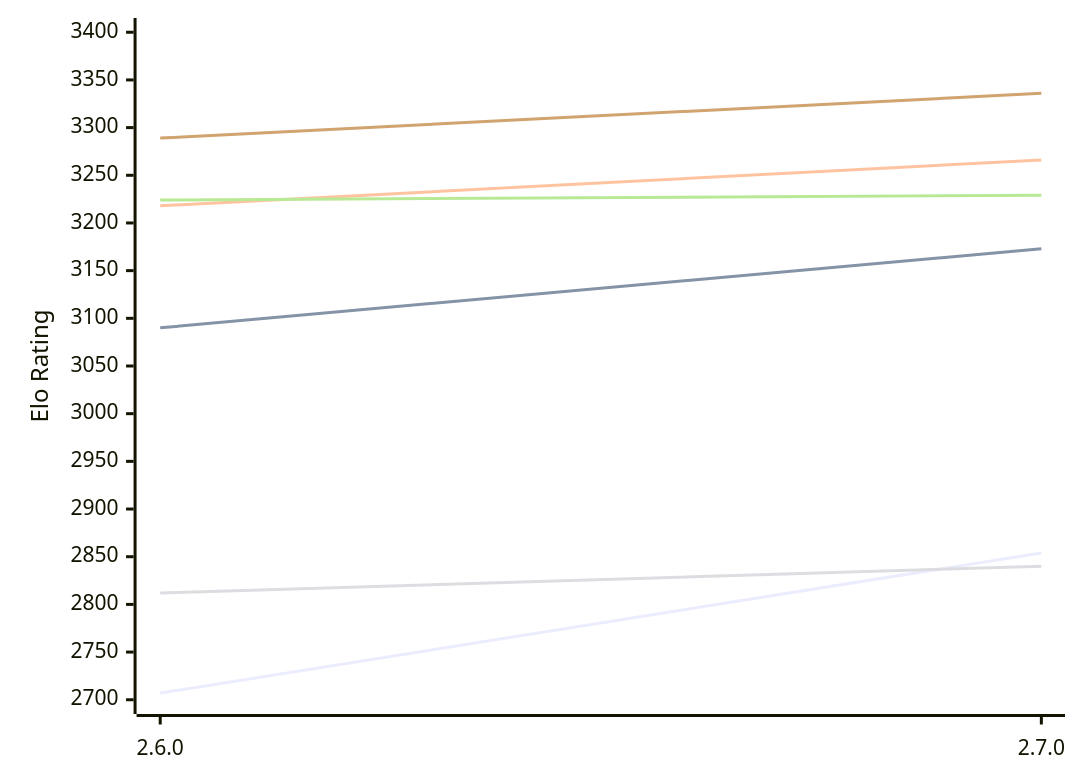
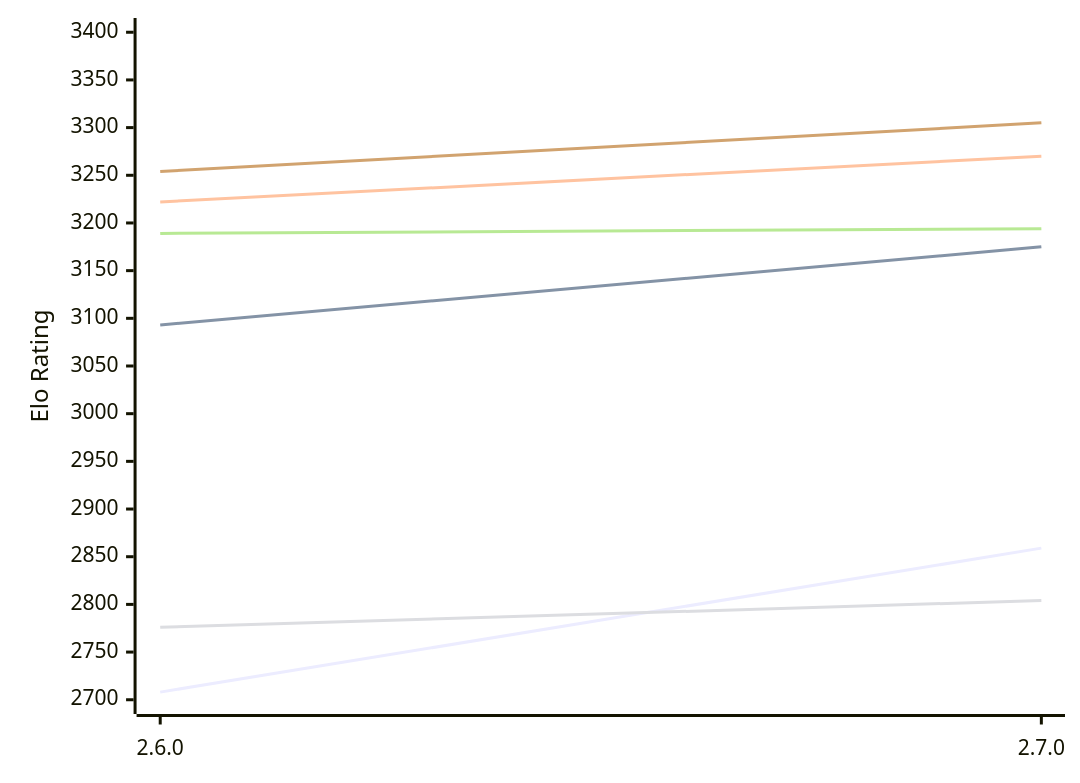
The first of 2 diagrams in engines/Sturddle2.md (computer-chess-index/cci), drawn with Mermaid before and after one commit. The commit also changed other lines of this file, not shown here.

Commit message:
Update CCI Ratings (ELO VLTC) - 2026-10-23

````diff
--- a/engines/Sturddle2.md
+++ b/engines/Sturddle2.md
@@ -51,12 +51,12 @@
 ```mermaid
 %%{init: {"theme":"base","themeVariables":{"seriesColors:['#a3a3a3','#222221','#faa371']}}}%%
 xychart-beta
   x-axis ["2.6.0", "2.7.0"]
   y-axis "Elo Rating" 2700 --> 3400
-  line "E1: STC (8.0+0.08s)" [2707, 2854]
-  line "E1: LTC (60.0+0.60s)" [3090, 3173]
-  line "E1: VLTC (2m24s+1.12s)" [3218, 3266]
-  line "P1: STC (8.0+0.08s)" [2812, 2840]
-  line "P1: LTC (60.0+0.60s)" [3224, 3229]
-  line "P1: VLTC (2m24s+1.12s)" [3289, 3336]
+  line "E1: STC (8.0+0.08s)" [2708, 2859]
+  line "E1: LTC (60.0+0.60s)" [3093, 3175]
+  line "E1: VLTC (2m24s+1.12s)" [3222, 3270]
+  line "P1: STC (8.0+0.08s)" [2776, 2804]
+  line "P1: LTC (60.0+0.60s)" [3189, 3194]
+  line "P1: VLTC (2m24s+1.12s)" [3254, 3305]
 ```
````
